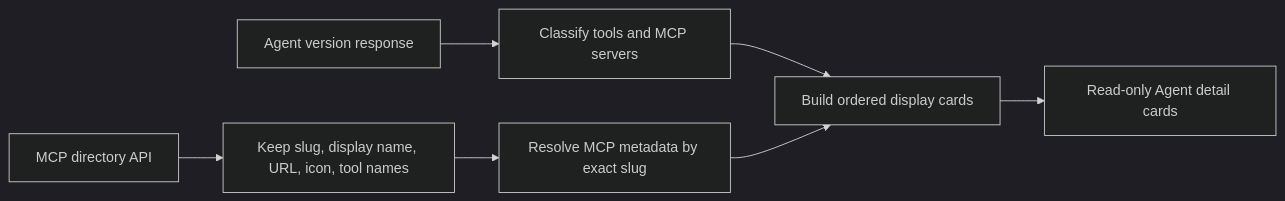
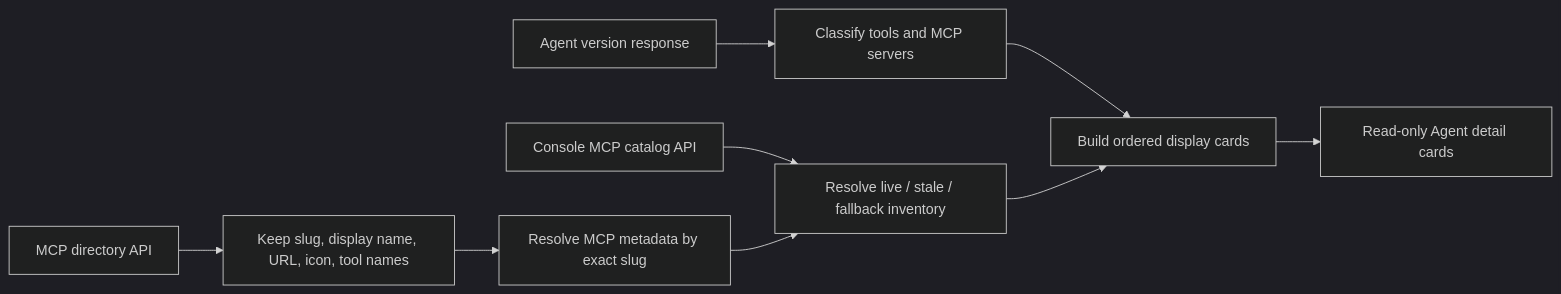
Before and after one commit to superduck-ai/open-managed-agents: the diagram in docs/design/fe/agent-detail-mcp-tools.md, drawn with Mermaid (dark theme). The commit also changed other lines of this file and 27 other files, not shown here.

Commit message:
Document MCP catalog implementation and security boundaries

````diff
--- a/docs/design/fe/agent-detail-mcp-tools.md
+++ b/docs/design/fe/agent-detail-mcp-tools.md
@@ -21,9 +21,11 @@
 ```mermaid
 flowchart LR
   Agent["Agent version response"] --> Classify["Classify tools and MCP servers"]
   Directory["MCP directory API"] --> Normalize["Keep slug, display name, URL, icon, tool names"]
   Normalize --> Resolve["Resolve MCP metadata by exact slug"]
+  Catalog["Console MCP catalog API"] --> Inventory["Resolve live / stale / fallback inventory"]
+  Resolve --> Inventory
   Classify --> Cards["Build ordered display cards"]
-  Resolve --> Cards
+  Inventory --> Cards
   Cards --> Detail["Read-only Agent detail cards"]
 ```
````
